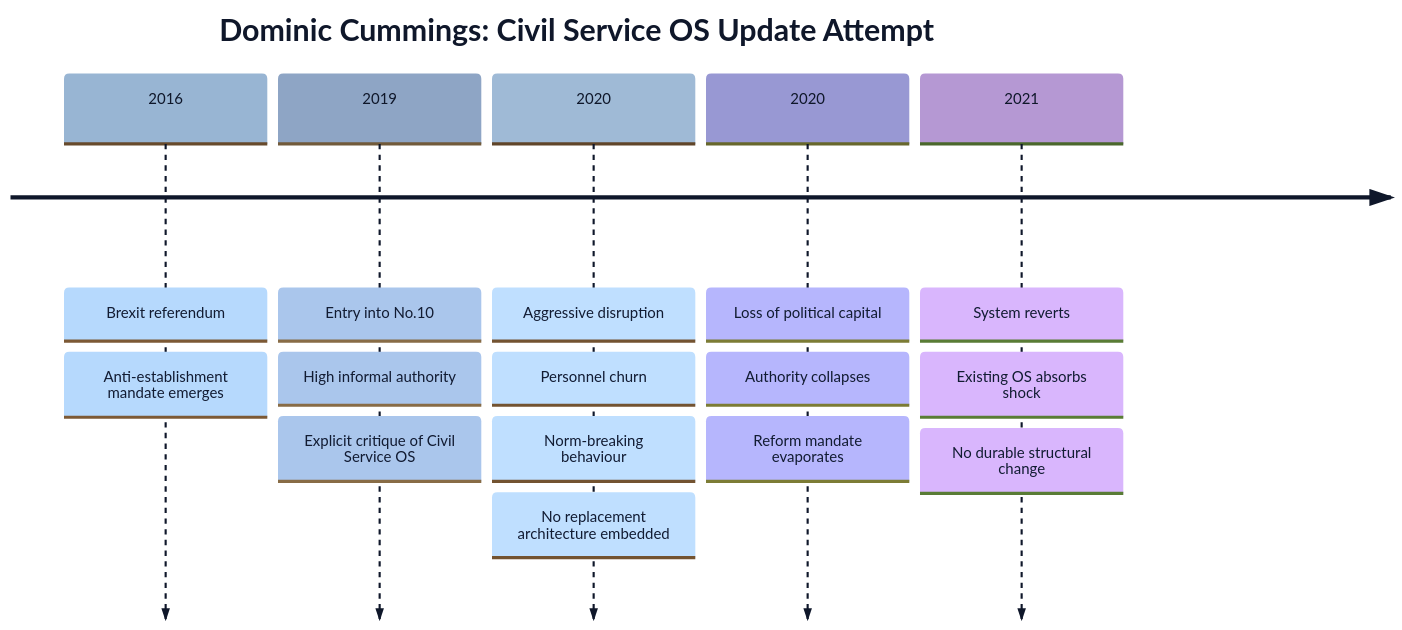
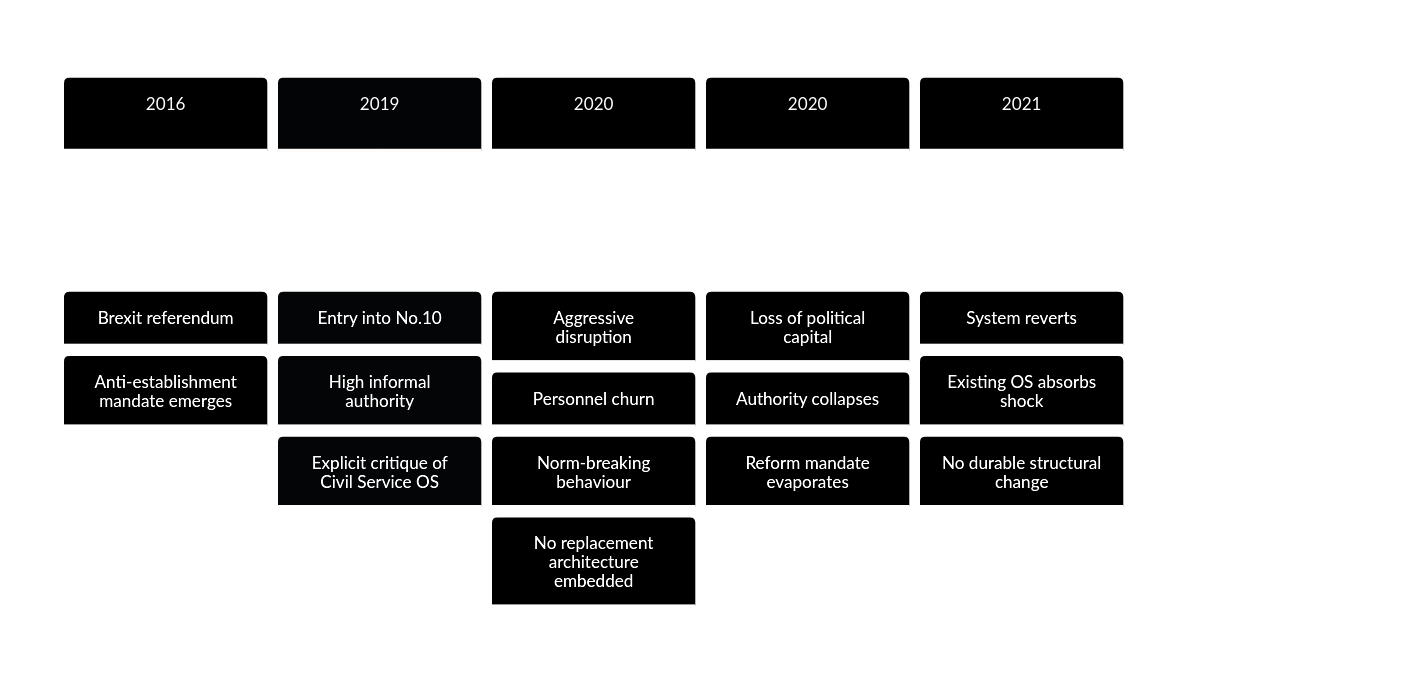
Before and after one commit to Shelbournator/thoughts: the second of 2 diagrams in _posts/2025-12-28-operating-systems-at-scale.md, drawn with Mermaid.

````diff
--- a/_posts/2025-12-28-operating-systems-at-scale.md
+++ b/_posts/2025-12-28-operating-systems-at-scale.md
@@ -152,38 +152,42 @@
 ```mermaid
 %%{init: {
   "theme": "base",
   "themeVariables": {
-    "background": "#ffffff",
-    "primaryColor": "#f1f5f9",
-    "primaryBorderColor": "#cbd5e1",
-    "primaryTextColor": "#0f172a",
-    "lineColor": "#64748b",
-    "secondaryColor": "#e2e8f0",
-    "tertiaryColor": "#f8fafc",
-    "fontFamily": "Inter, system-ui, -apple-system, BlinkMacSystemFont, sans-serif",
-    "fontSize": "14px"
+    "background": "transparent",
+    
+    "primaryColor": "#1e293b",
+    "primaryBorderColor": "#ffffff",
+    "primaryTextColor": "#ffffff",
+    
+    "lineColor": "#94a3b8",
+    
+    "secondaryColor": "#334155",
+    "tertiaryColor": "#0f172a",
+    
+    "fontFamily": "Inter, system-ui, sans-serif",
+    "fontSize": "16px"
   }
 }}%%
 timeline
     title Dominic Cummings: Civil Service OS Update Attempt
 
     2016 : Brexit referendum
          : Anti-establishment mandate emerges
 
     2019 : Entry into No.10
          : High informal authority
          : Explicit critique of Civil Service OS
 
     2020 : Aggressive disruption
          : Personnel churn
          : Norm-breaking behaviour
          : No replacement architecture embedded
 
     2020 : Loss of political capital
          : Authority collapses
          : Reform mandate evaporates
 
     2021 : System reverts
          : Existing OS absorbs shock
          : No durable structural change
 ```
````
